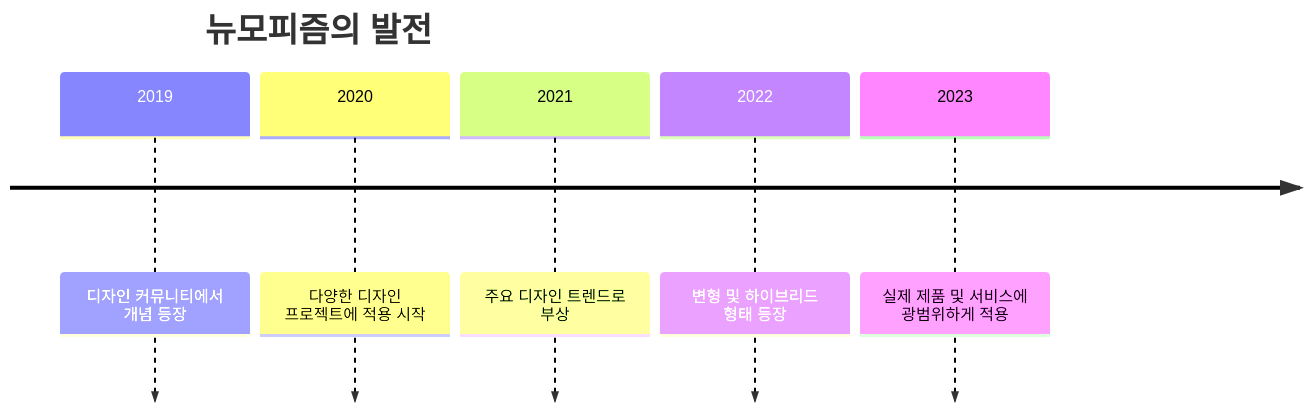
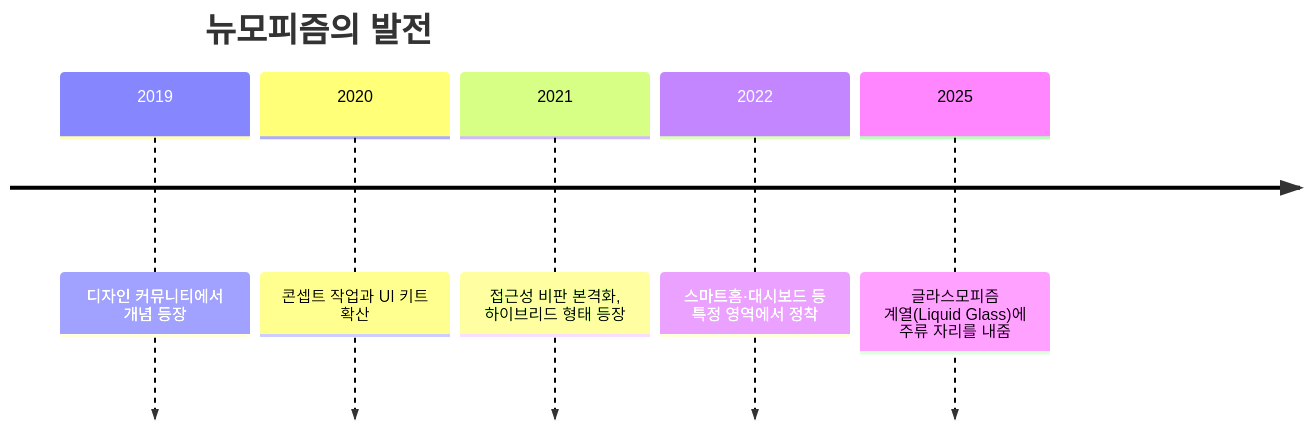
The diagram in _posts/design/style/2024-08-25-neumorphism.md (saejinpark/saejinpark.github.io), drawn with Mermaid before and after one commit. The commit also changed other lines of this file and 23 other files, not shown here.

```diff
--- a/_posts/design/style/2024-08-25-neumorphism.md
+++ b/_posts/design/style/2024-08-25-neumorphism.md
@@ -31,9 +38,9 @@
 <div class="mermaid">
 timeline
   title 뉴모피즘의 발전
   2019 : 디자인 커뮤니티에서 개념 등장
-  2020 : 다양한 디자인 프로젝트에 적용 시작
-  2021 : 주요 디자인 트렌드로 부상
-  2022 : 변형 및 하이브리드 형태 등장
-  2023 : 실제 제품 및 서비스에 광범위하게 적용
+  2020 : 콘셉트 작업과 UI 키트 확산
+  2021 : 접근성 비판 본격화, 하이브리드 형태 등장
+  2022 : 스마트홈·대시보드 등 특정 영역에서 정착
+  2025 : 글라스모피즘 계열(Liquid Glass)에 주류 자리를 내줌
 </div>
```
